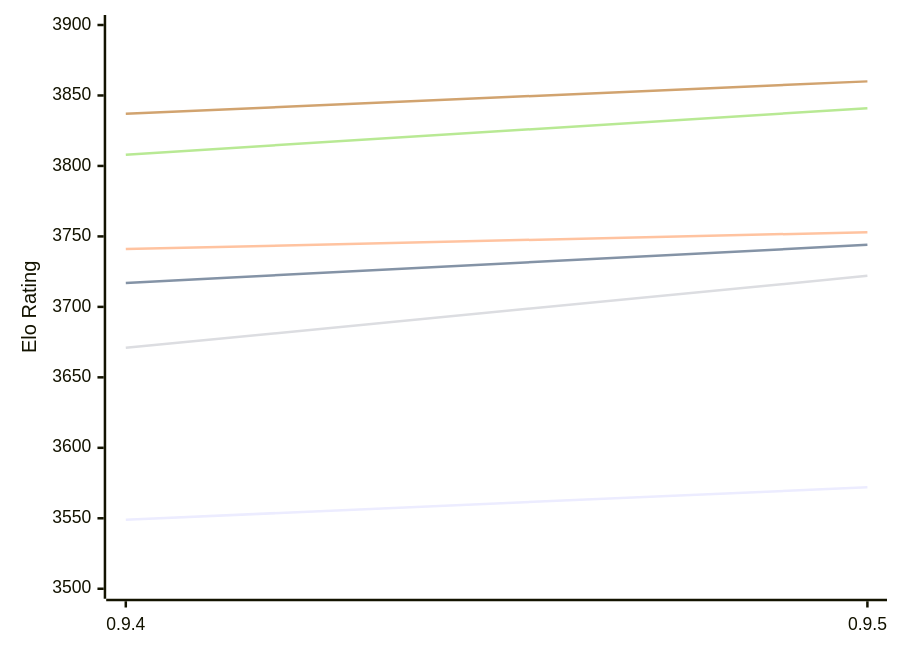
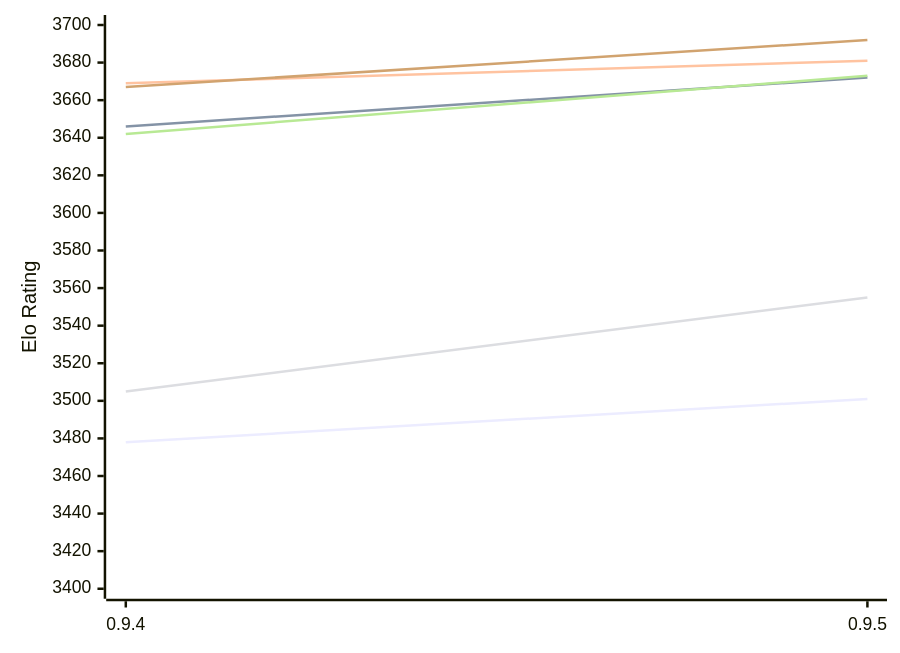
The first of 2 diagrams in engines/Coda.md (computer-chess-index/cci), drawn with Mermaid before and after one commit. The commit also changed other lines of this file, not shown here.

Commit message:
Update CCI Ratings (ELO VLTC) - 2026-11-13

````diff
--- a/engines/Coda.md
+++ b/engines/Coda.md
@@ -52,12 +52,12 @@
 ```mermaid
 %%{init: {"theme":"base","themeVariables":{"seriesColors:['#a3a3a3','#222221','#faa371']}}}%%
 xychart-beta
   x-axis ["0.9.4", "0.9.5"]
-  y-axis "Elo Rating" 3500 --> 3900
-  line "E1: STC (8.0+0.08s)" [3549, 3572]
-  line "E1: LTC (60.0+0.60s)" [3717, 3744]
-  line "E1: VLTC (2m24s+1.12s)" [3741, 3753]
-  line "P1: STC (8.0+0.08s)" [3671, 3722]
-  line "P1: LTC (60.0+0.60s)" [3808, 3841]
-  line "P1: VLTC (2m24s+1.12s)" [3837, 3860]
+  y-axis "Elo Rating" 3400 --> 3700
+  line "E1: STC (8.0+0.08s)" [3478, 3501]
+  line "E1: LTC (60.0+0.60s)" [3646, 3672]
+  line "E1: VLTC (2m24s+1.12s)" [3669, 3681]
+  line "P1: STC (8.0+0.08s)" [3505, 3555]
+  line "P1: LTC (60.0+0.60s)" [3642, 3673]
+  line "P1: VLTC (2m24s+1.12s)" [3667, 3692]
 ```
````
